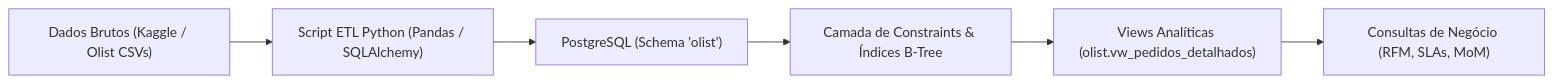
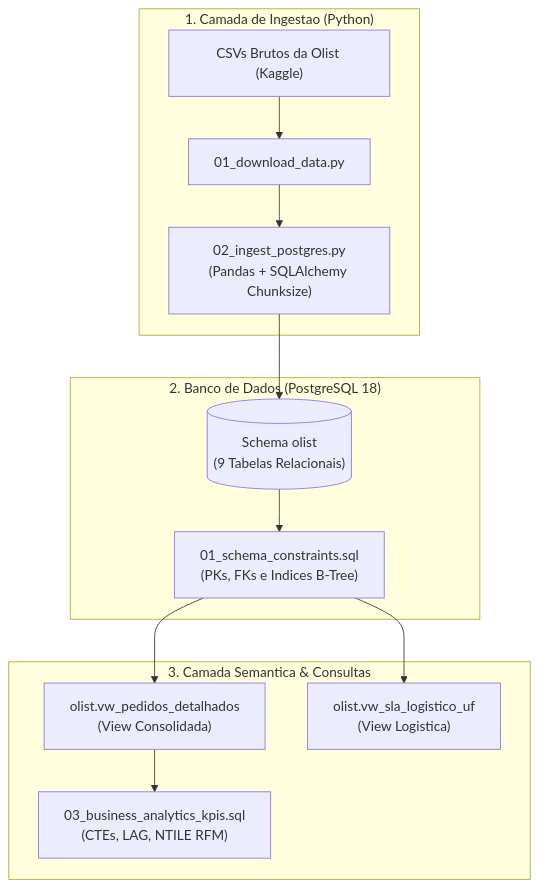
The second of 3 diagrams in 01-olist-ecommerce-analytics/README.md (OhXyytVictor/portfolio-dados), drawn with Mermaid before and after one commit. The commit also changed other lines of this file and 1 other file, not shown here.

Commit message:
feat: restructure README with 3 interactive view cards focused on gaming ecommerce

````diff
--- a/01-olist-ecommerce-analytics/README.md
+++ b/01-olist-ecommerce-analytics/README.md
@@ -25,8 +125,18 @@
 ```mermaid
-flowchart LR
-    A["Dados Brutos (Kaggle / Olist CSVs)"] --> B["Script ETL Python (Pandas / SQLAlchemy)"]
-    B --> C["PostgreSQL (Schema 'olist')"]
-    C --> D["Camada de Constraints & Índices B-Tree"]
-    D --> E["Views Analíticas (olist.vw_pedidos_detalhados)"]
-    E --> F["Consultas de Negócio (RFM, SLAs, MoM)"]
+flowchart TD
+    subgraph Ingestao ["1. Camada de Ingestao (Python)"]
+        A["CSVs Brutos da Olist (Kaggle)"] --> B["01_download_data.py"]
+        B --> C["02_ingest_postgres.py<br>(Pandas + SQLAlchemy Chunksize)"]
+    end
+
+    subgraph Armazenamento ["2. Banco de Dados (PostgreSQL 18)"]
+        C --> D[("Schema olist<br>(9 Tabelas Relacionais)")]
+        D --> E["01_schema_constraints.sql<br>(PKs, FKs e Indices B-Tree)"]
+    end
+
+    subgraph Analitica ["3. Camada Semantica & Consultas"]
+        E --> F["olist.vw_pedidos_detalhados<br>(View Consolidada)"]
+        E --> G["olist.vw_sla_logistico_uf<br>(View Logistica)"]
+        F --> H["03_business_analytics_kpis.sql<br>(CTEs, LAG, NTILE RFM)"]
+    end
 ```
````
